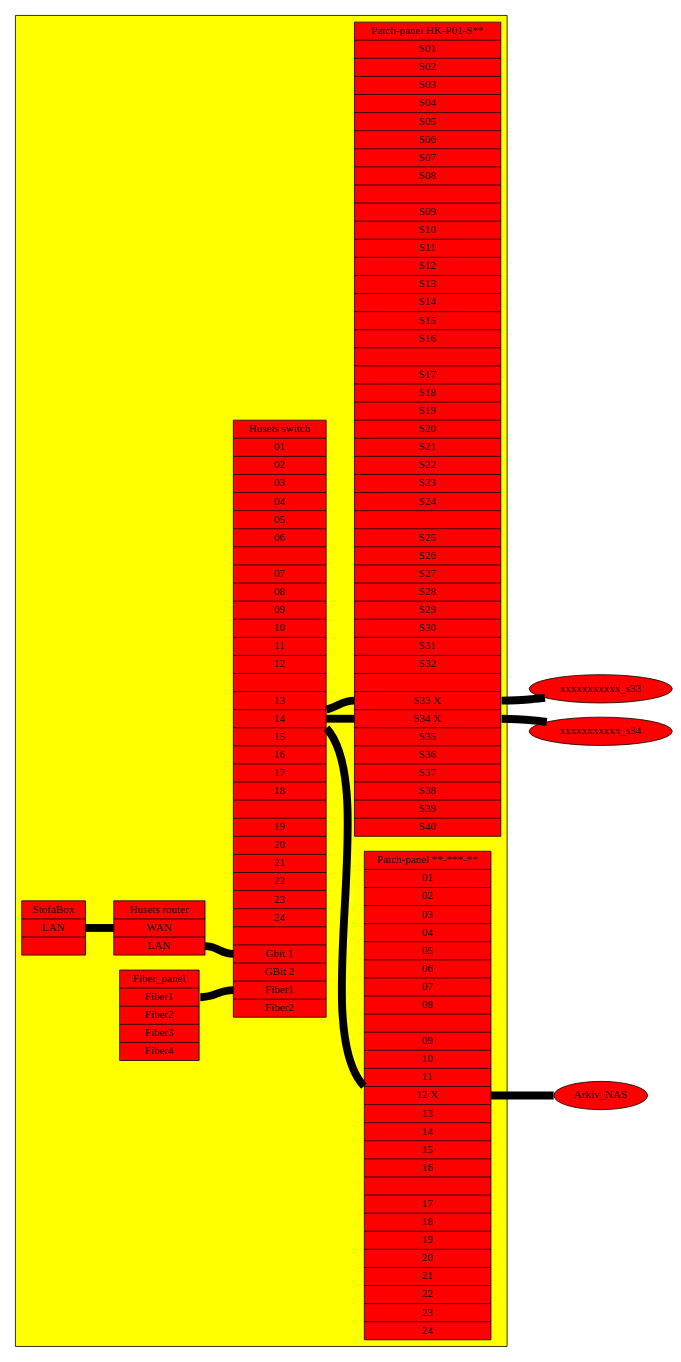
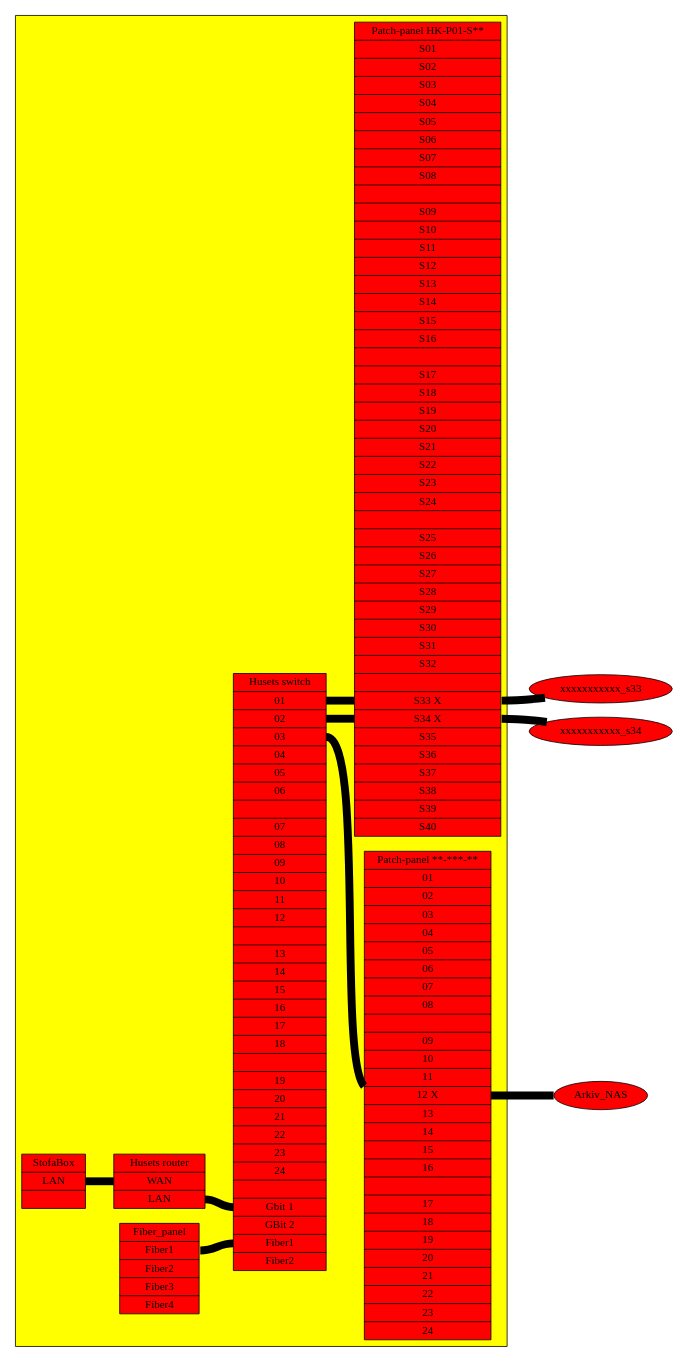
Before and after one commit to alslug/alslug.dk: the diagram in projekter/bakkensbro-network.dot, drawn with Graphviz.

```diff
--- a/projekter/bakkensbro-network.dot
+++ b/projekter/bakkensbro-network.dot
@@ -1,59 +1,59 @@
 digraph xxx {
   rankdir=LR;
 
   node [ style=filled fillcolor=red ];
   subgraph cluster_bib {
     style=filled;
     fillcolor=yellow;
     
     HK_PO1 [ shape=record label="
       Patch-panel HK-P01-S**  |
       <S01> S01                       | <S02> S02                       | <S03> S03                       | <S04> S04                       |
       <S05> S05                       | <S06> S06                       | <S07> S07                       | <S08> S08                       | |
       <S09> S09                       | <S10> S10                       | <S11> S11                       | <S12> S12                       |
       <S13> S13                       | <S14> S14                       | <S15> S15                       | <S16> S16                       | |
       <S17> S17                       | <S18> S18                       | <S19> S19                       | <S20> S20                       |
       <S21> S21                       | <S22> S22                       | <S23> S23                       | <S24> S24                       | |
       <S25> S25                       | <S26> S26                       | <S27> S27                       | <S28> S28                       |
       <S29> S29                       | <S30> S30                       | <S31> S31                       | <S32> S32                       | |
       <S33> S33 X                     | <S34> S34 X                     | <S35> S35                       | <S36> S36                       |
       <S37> S37                       | <S38> S38                       | <S39> S39                       | <S40> S40                       "];
     Patch_panel [ shape=record label="
       Patch-panel **-***-**  |
       <01> 01                       | <02> 02                       | <03> 03                       | <S4> 04                       |
       <05> 05                       | <06> 06                       | <07> 07                       | <S8> 08                       | |
       <09> 09                       | <10> 10                       | <11> 11                       | <S2> 12 X                     |
       <13> 13                       | <14> 14                       | <15> 15                       | <S6> 16                       | |
       <17> 17                       | <18> 18                       | <19> 19                       | <S0> 20                       |
       <21> 21                       | <22> 22                       | <23> 23                       | <S4> 24                       "];
     Husets_switch [ shape=record label="
       Husets switch   |
       <01> 01 | <02> 02 | <03> 03 | <04> 04 | <05> 05 | <06> 06 ||
       <07> 07 | <08> 08 | <09> 09 | <10> 10 | <11> 11 | <12> 12 ||
       <13> 13 | <14> 14 | <15> 15 | <16> 16 | <17> 17 | <18> 18 ||
       <19> 19 | <20> 20 | <21> 21 | <22> 22 | <23> 23 | <24> 24 ||
       <G1> Gbit 1 | <G2> GBit 2 | <Fiber1> Fiber1 | <Fiber2> Fiber2
       "];
     Fiber_panel [ shape=record label="
       Fiber_panel       |
       <Fiber1> Fiber1                 |
       <Fiber2> Fiber2                 |
       <Fiber3> Fiber3                 |
       <Fiber4> Fiber4                 "];
     StofaBox [ shape=record label="
       StofaBox      |
       <lan> LAN     |
       "];
     Husets_router [ shape=record label="
       Husets router |
       <wan> WAN     |
       <lan> LAN     "];
   }
   edge [ dir=none penwidth=10 ];
   StofaBox:lan -> Husets_router:wan;
   Husets_router:lan -> Husets_switch:G1;
-                       Husets_switch:1  -> HK_PO1:S33 -> xxxxxxxxxxx_s33;
-                       Husets_switch:2  -> HK_PO1:S34 -> xxxxxxxxxxx_s34;
-                       Husets_switch:3  -> Patch_panel:12 -> Arkiv_NAS;
+                       Husets_switch:01 -> HK_PO1:S33 -> xxxxxxxxxxx_s33;
+                       Husets_switch:02 -> HK_PO1:S34 -> xxxxxxxxxxx_s34;
+                       Husets_switch:03 -> Patch_panel:12 -> Arkiv_NAS;
   Fiber_panel:Fiber1 -> Husets_switch:Fiber1
 }
```
